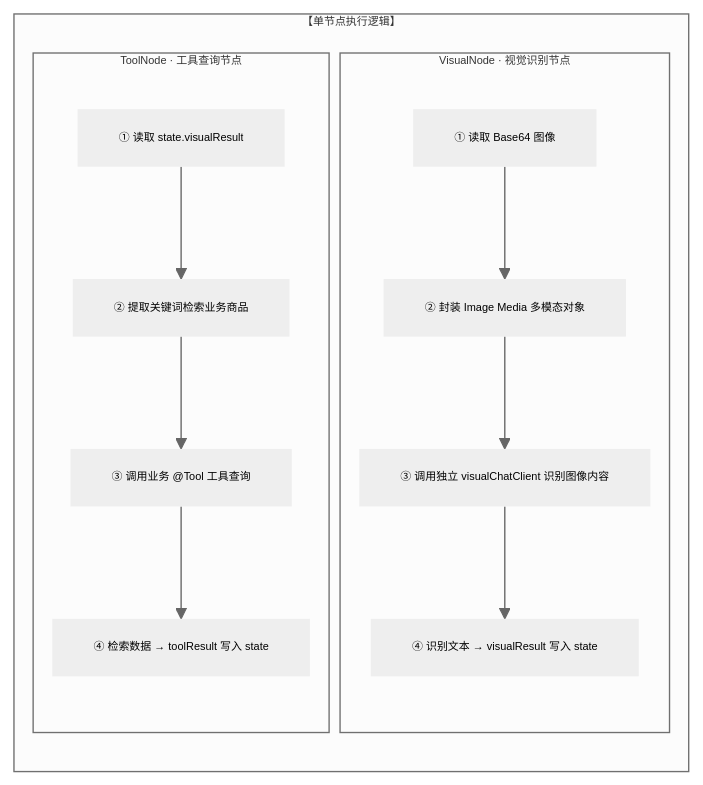
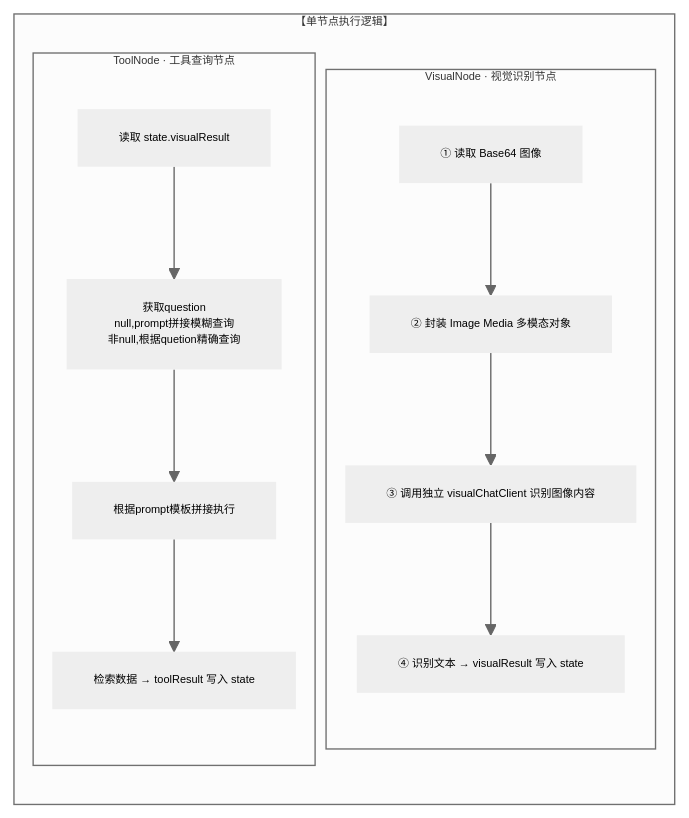
One commit to 1reaikeyi/flowerpayment-ai changed the sixth of 6 diagrams in README.md. Above: the diagram before and after it, drawn with Mermaid. The commit also changed 11 other files, not shown here.

````diff
--- a/README.md
+++ b/README.md
@@ -399,27 +399,28 @@
 ```mermaid
 %%{init: {'theme':'neutral','themeVariables':{'fontSize':'8px','nodeBorder':'2px'},'flowchart':{'nodeSpacing':8,'rankSpacing':32,'useMaxWidth':false,'curve':'basis'}}}%%
 flowchart TD
     subgraph NODELOGIC ["【单节点执行逻辑】"]
         direction TB
 
         subgraph VGROUP ["VisualNode · 视觉识别节点"]
             direction TB
             V1["① 读取 Base64 图像"]
             V2["② 封装 Image Media 多模态对象"]
             V3["③ 调用独立 visualChatClient 识别图像内容"]
             V4["④ 识别文本 → visualResult 写入 state"]
             V1 --> V2 --> V3 --> V4
         end
 
         subgraph TGROUP ["ToolNode · 工具查询节点"]
             direction TB
-            T1["① 读取 state.visualResult"]
-            T2["② 提取关键词检索业务商品"]
-            T3["③ 调用业务 @Tool 工具查询"]
-            T4["④ 检索数据 → toolResult 写入 state"]
-            T1 --> T2 --> T3 --> T4
+            INPUT1["读取 state.visualResult"]
+            INPUT2["获取question<br>null,prompt拼接模糊查询<br>非null,根据quetion精确查询"]
+            T1["根据prompt模板拼接执行"]
+            T2["调用业务 @Tool 工具查询"]
+            T2["检索数据 → toolResult 写入 state"]
+            INPUT1 --> INPUT2 --> T1 --> T2
         end
 
         
     end
 ```
````
